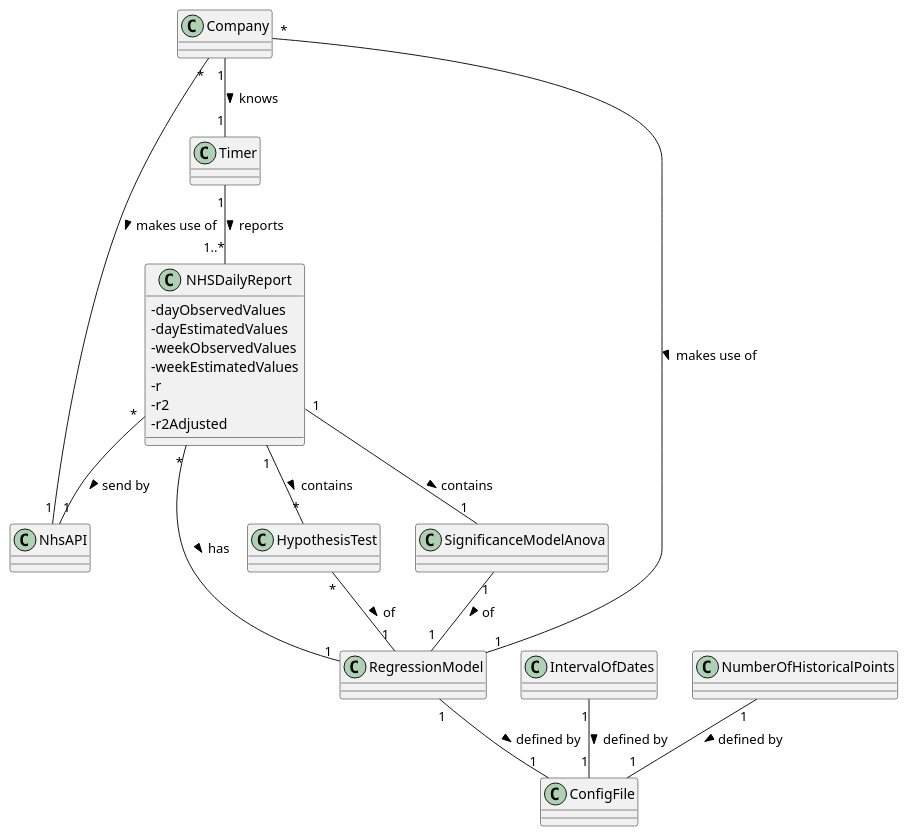
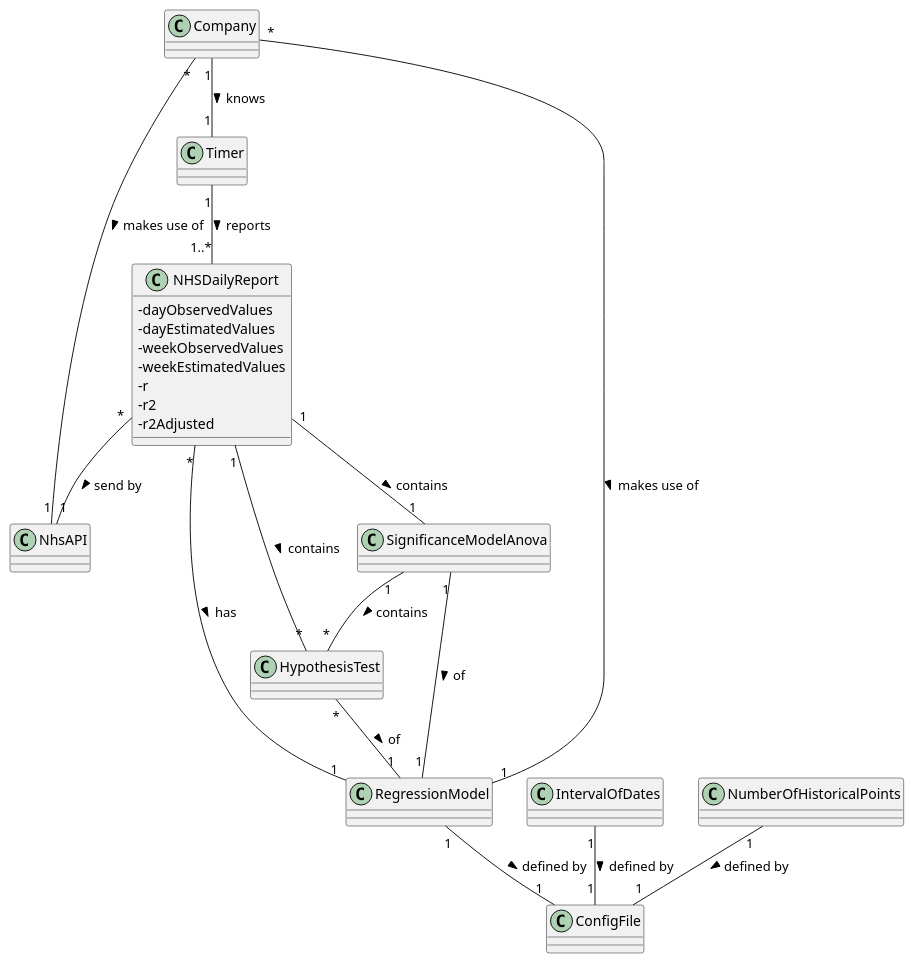
The diagram in docs/SprintD/US_19/US19_DM.puml (ana-albergaria/LAPR2-ISEP), drawn with PlantUML before and after one commit. The commit also changed 6 other files, not shown here.

Commit message:
US19 Doing Anova Significance Model for Simple Linear Regression

```diff
--- a/docs/SprintD/US_19/US19_DM.puml
+++ b/docs/SprintD/US_19/US19_DM.puml
@@ -1,51 +1,52 @@
 @startuml
 
 skinparam classAttributeIconSize 0
 
 class Timer {}
 class NhsAPI{}
 class NHSDailyReport {
 - dayObservedValues
 - dayEstimatedValues
 - weekObservedValues
 - weekEstimatedValues
 - r
 - r2
 - r2Adjusted
 }
 
 class RegressionModel {}
 
 class ConfigFile {}
 
 'The interval of dates to fit the regression model
 class IntervalOfDates {}
 
 'Number of days and number of weeks
 class NumberOfHistoricalPoints {}
 
 'hypothesis tests for regression coefficients
 class HypothesisTest {}
 
 'significance model with Anova.
 class SignificanceModelAnova {}
 
 Timer "1" -- "1..*" NHSDailyReport : reports >
 Company "1" -- "1" Timer : knows >
 Company "*" - "1" NhsAPI : makes use of >
 NHSDailyReport "*" -- "1" NhsAPI : send by >
 NHSDailyReport "*" -- "1" RegressionModel : has >
 NHSDailyReport "1" -- "*" HypothesisTest : contains >
 NHSDailyReport "1" -- "1" SignificanceModelAnova : contains >
 Company "*" -- "1" RegressionModel : makes use of >
 HypothesisTest "*" -- "1" RegressionModel : of >
 SignificanceModelAnova "1" -- "1" RegressionModel : of >
+SignificanceModelAnova "1" -- "*" HypothesisTest : contains >
 
 'Apagar posteriormente
 RegressionModel "1" -- "1" ConfigFile : defined by >
 IntervalOfDates "1" -- "1" ConfigFile : defined by >
 NumberOfHistoricalPoints "1" -- "1" ConfigFile : defined by >
 
 
 
 @enduml
```
